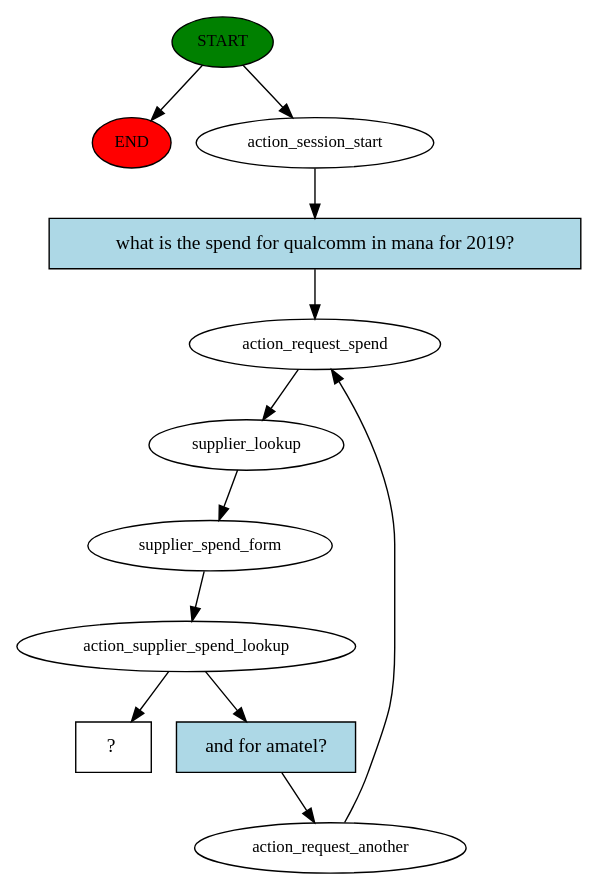
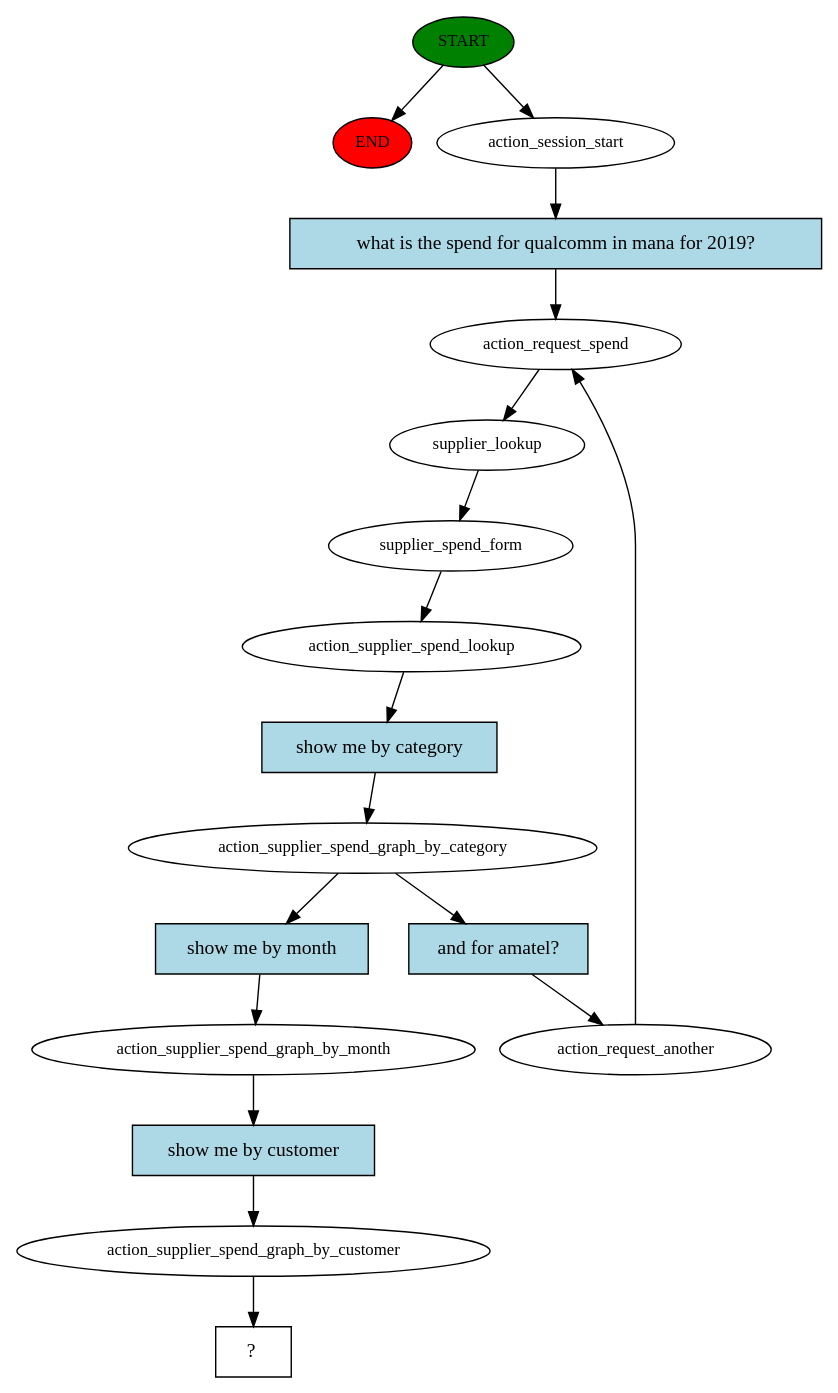
Before and after one commit to amb181/AI_Assistant: the diagram in story_graph.dot, drawn with Graphviz. The commit also changed 30 other files, not shown here.

```diff
--- a/story_graph.dot
+++ b/story_graph.dot
@@ -1,24 +1,36 @@
 digraph  {
 0 [class="start active", fillcolor=green, fontsize=12, label=START, style=filled];
 "-1" [class=end, fillcolor=red, fontsize=12, label=END, style=filled];
 1 [class=active, fontsize=12, label=action_session_start];
 2 [class=active, fontsize=12, label=action_request_spend];
 3 [class=active, fontsize=12, label=supplier_lookup];
 4 [class=active, fontsize=12, label=supplier_spend_form];
 5 [class=active, fontsize=12, label=action_supplier_spend_lookup];
-6 [class=active, fontsize=12, label=action_request_another];
-11 [class="intent dashed active", label="  ?  ", shape=rect];
-12 [class="intent active", fillcolor=lightblue, label="what is the spend for qualcomm in mana for 2019?", shape=rect, style=filled];
-13 [class="intent active", fillcolor=lightblue, label="and for amatel?", shape=rect, style=filled];
+6 [class=active, fontsize=12, label=action_supplier_spend_graph_by_category];
+7 [class=active, fontsize=12, label=action_request_another];
+13 [class=active, fontsize=12, label=action_supplier_spend_graph_by_month];
+14 [class=active, fontsize=12, label=action_supplier_spend_graph_by_customer];
+15 [class="intent dashed active", label="  ?  ", shape=rect];
+16 [class="intent active", fillcolor=lightblue, label="what is the spend for qualcomm in mana for 2019?", shape=rect, style=filled];
+17 [class="intent active", fillcolor=lightblue, label="show me by category", shape=rect, style=filled];
+18 [class="intent active", fillcolor=lightblue, label="and for amatel?", shape=rect, style=filled];
+19 [class="intent active", fillcolor=lightblue, label="show me by month", shape=rect, style=filled];
+20 [class="intent active", fillcolor=lightblue, label="show me by customer", shape=rect, style=filled];
 0 -> "-1"  [class="", key=NONE, label=""];
 0 -> 1  [class=active, key=NONE, label=""];
-1 -> 12  [class=active, key=0];
+1 -> 16  [class=active, key=0];
 2 -> 3  [class=active, key=NONE, label=""];
 3 -> 4  [class=active, key=NONE, label=""];
 4 -> 5  [class=active, key=NONE, label=""];
-5 -> 11  [class=active, key=NONE, label=""];
-5 -> 13  [class=active, key=0];
-6 -> 2  [class=active, key=NONE, label=""];
-12 -> 2  [class=active, key=0];
-13 -> 6  [class=active, key=0];
+5 -> 17  [class=active, key=0];
+6 -> 18  [class=active, key=0];
+6 -> 19  [class=active, key=0];
+7 -> 2  [class=active, key=NONE, label=""];
+13 -> 20  [class=active, key=0];
+14 -> 15  [class=active, key=NONE, label=""];
+16 -> 2  [class=active, key=0];
+17 -> 6  [class=active, key=0];
+18 -> 7  [class=active, key=0];
+19 -> 13  [class=active, key=0];
+20 -> 14  [class=active, key=0];
 }
```
